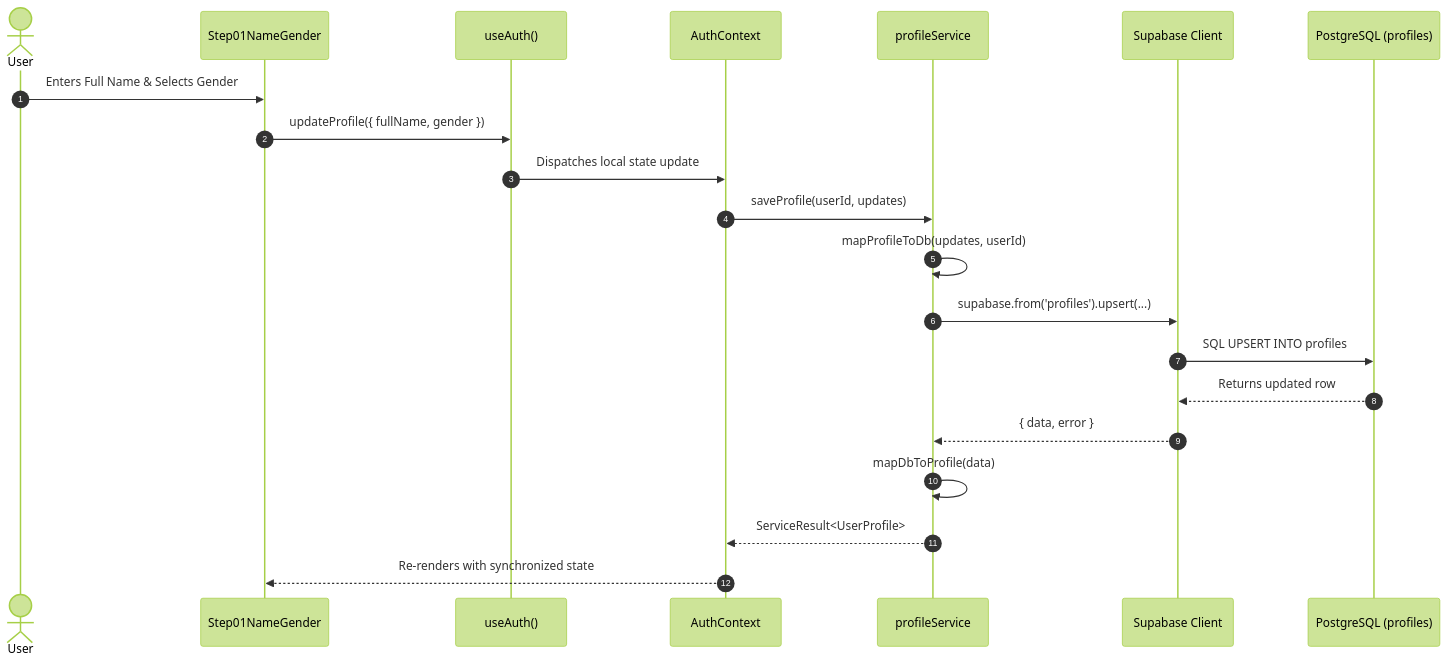
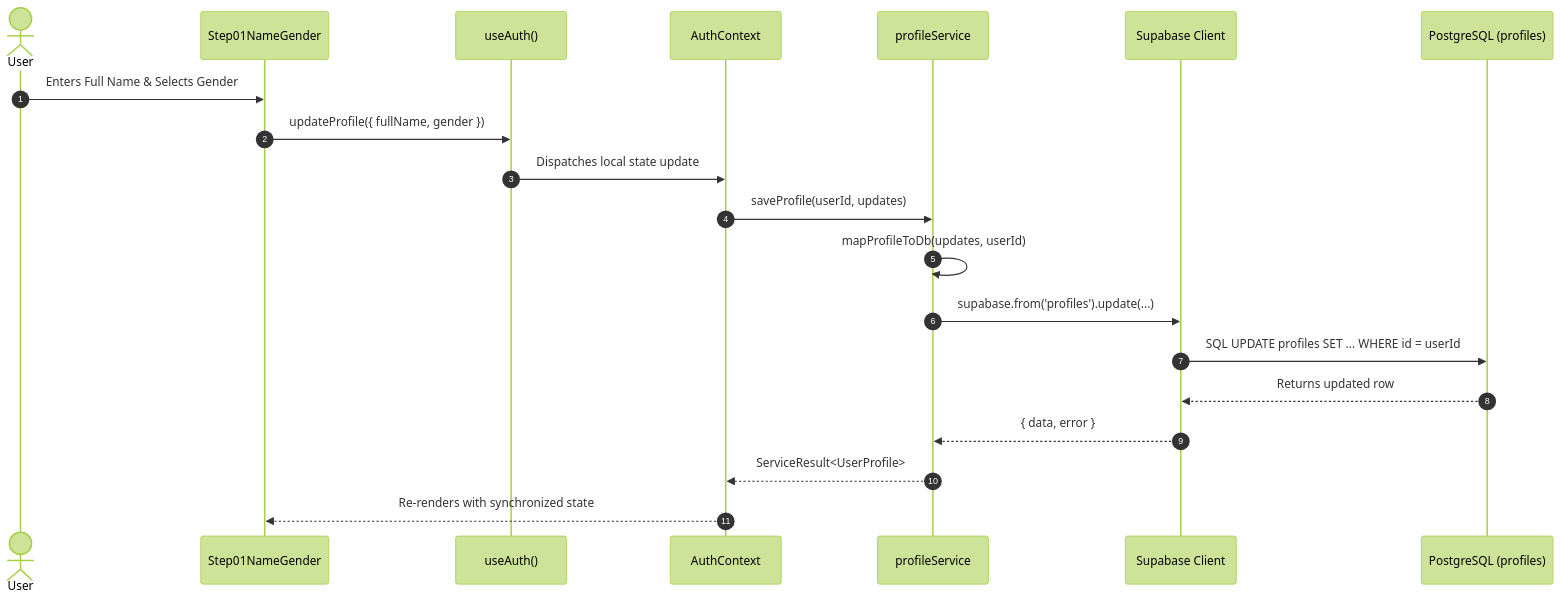
The second of 2 diagrams in docs/architecture.md (Hellsguardian/String-X), drawn with Mermaid (forest theme) before and after one commit. The commit also changed other lines of this file and 14 other files, not shown here.

````diff
--- a/docs/architecture.md
+++ b/docs/architecture.md
@@ -114,24 +121,23 @@
 ```mermaid
 sequenceDiagram
     autonumber
     actor User
     participant Page as Step01NameGender
     participant Hook as useAuth()
     participant Context as AuthContext
     participant Service as profileService
     participant Supabase as Supabase Client
     participant DB as PostgreSQL (profiles)
 
     User->>Page: Enters Full Name & Selects Gender
     Page->>Hook: updateProfile({ fullName, gender })
     Hook->>Context: Dispatches local state update
     Context->>Service: saveProfile(userId, updates)
     Service->>Service: mapProfileToDb(updates, userId)
-    Service->>Supabase: supabase.from('profiles').upsert(...)
-    Supabase->>DB: SQL UPSERT INTO profiles
+    Service->>Supabase: supabase.from('profiles').update(...)
+    Supabase->>DB: SQL UPDATE profiles SET ... WHERE id = userId
     DB-->>Supabase: Returns updated row
     Supabase-->>Service: { data, error }
-    Service->>Service: mapDbToProfile(data)
     Service-->>Context: ServiceResult<UserProfile>
     Context-->>Page: Re-renders with synchronized state
 ```
````
